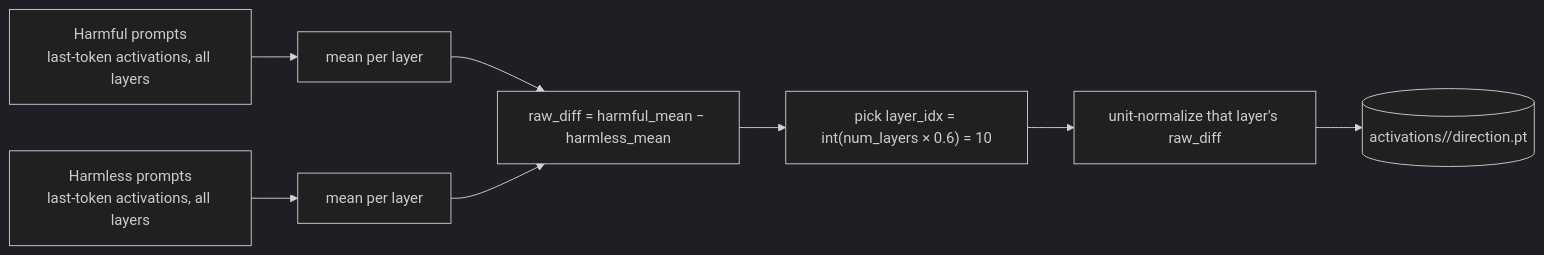
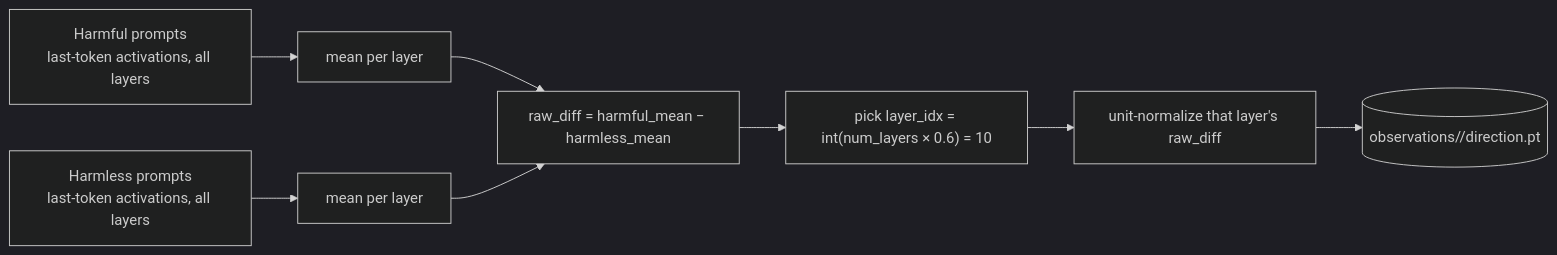
One commit to Palani-SN/abliteration-et-constitutional-classifier changed the second of 4 diagrams in README.md. Above: the diagram before and after it, drawn with Mermaid (dark theme). The commit also changed other lines of this file and 7 other files, not shown here.

````diff
--- a/README.md
+++ b/README.md
@@ -356,10 +424,10 @@
 ```mermaid
 flowchart LR
     HA["Harmful prompts<br/>last-token activations, all layers"] --> MA["mean per layer"]
     HL["Harmless prompts<br/>last-token activations, all layers"] --> ML["mean per layer"]
     MA --> D["raw_diff = harmful_mean − harmless_mean"]
     ML --> D
     D --> N["pick layer_idx = int(num_layers × 0.6) = 10"]
     N --> U["unit-normalize that layer's raw_diff"]
-    U --> SAVE[("activations/<model_key>/direction.pt")]
+    U --> SAVE[("observations/<model_key>/direction.pt")]
 ```
````
